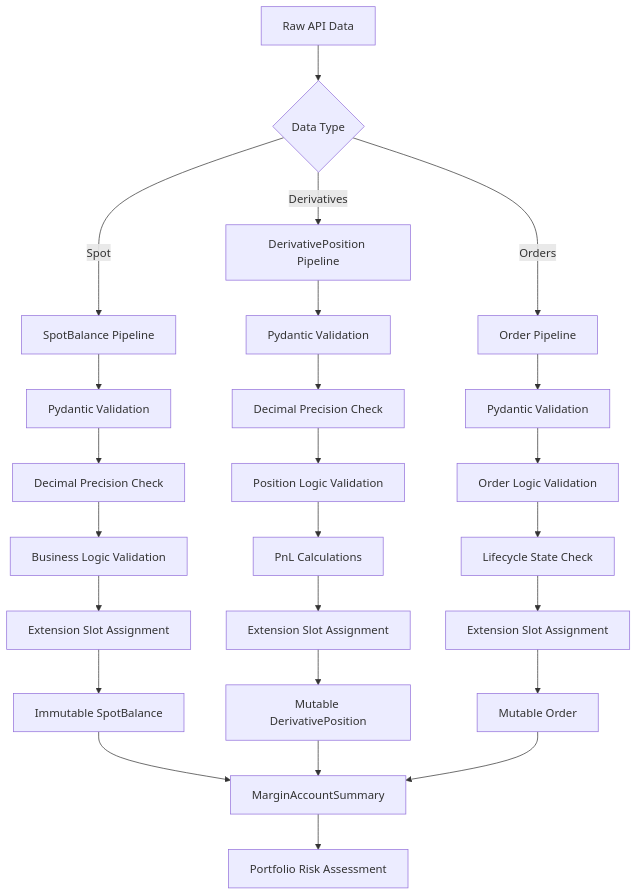
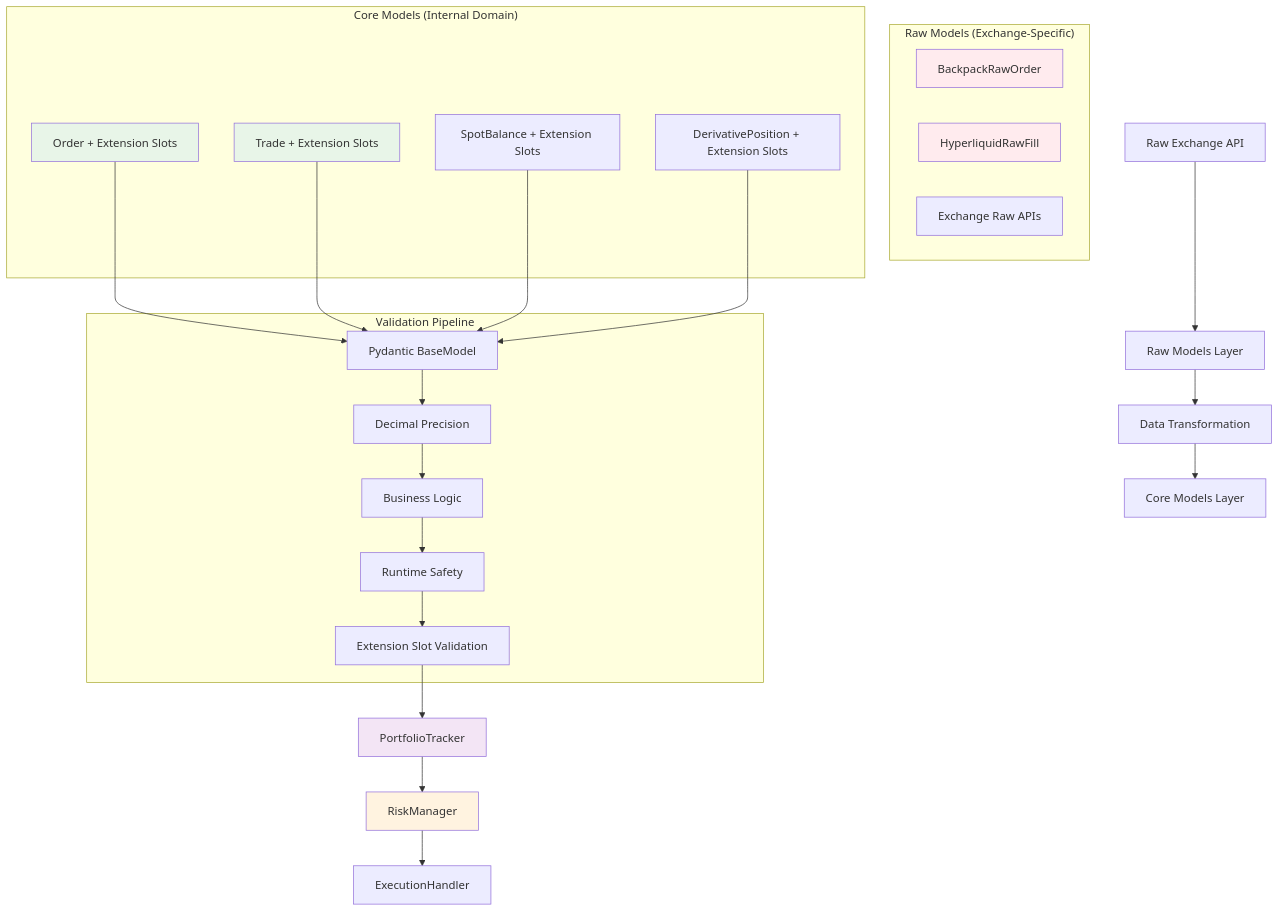
One commit to plataplomo/hummingbot changed the fourth of 11 diagrams in workflow/spot_vs_derivatives_tests_analysis.md. Above: the diagram before and after it, drawn with Mermaid. The commit also changed other lines of this file and 58 other files, not shown here.

````diff
--- a/workflow/spot_vs_derivatives_tests_analysis.md
+++ b/workflow/spot_vs_derivatives_tests_analysis.md
@@ -267,32 +296,48 @@
 ```mermaid
 graph TD
-    A[Raw API Data] --> B{Data Type}
-    B -->|Spot| C[SpotBalance Pipeline]
-    B -->|Derivatives| D[DerivativePosition Pipeline]
-    B -->|Orders| E[Order Pipeline]
+    A[Raw Exchange API] --> B[Raw Models Layer]
+    B --> C[Data Transformation]
+    C --> D[Core Models Layer]
     
-    C --> C1[Pydantic Validation]
-    C1 --> C2[Decimal Precision Check]
-    C2 --> C3[Business Logic Validation]
-    C3 --> C4[Extension Slot Assignment]
-    C4 --> C5[Immutable SpotBalance]
+    subgraph "Raw Models (Exchange-Specific)"
+        B1[BackpackRawOrder]
+        B2[HyperliquidRawFill]
+        B3[Exchange Raw APIs]
+    end
     
-    D --> D1[Pydantic Validation]
-    D1 --> D2[Decimal Precision Check]
-    D2 --> D3[Position Logic Validation]
-    D3 --> D4[PnL Calculations]
-    D4 --> D5[Extension Slot Assignment]
-    D5 --> D6[Mutable DerivativePosition]
+    subgraph "Core Models (Internal Domain)"
+        D1[Order + Extension Slots]
+        D2[Trade + Extension Slots]
+        D3[SpotBalance + Extension Slots]
+        D4[DerivativePosition + Extension Slots]
+    end
     
-    E --> E1[Pydantic Validation]
-    E1 --> E2[Order Logic Validation]
-    E2 --> E3[Lifecycle State Check]
-    E3 --> E4[Extension Slot Assignment]
-    E4 --> E5[Mutable Order]
+    subgraph "Validation Pipeline"
+        V1[Pydantic BaseModel]
+        V2[Decimal Precision]
+        V3[Business Logic]
+        V4[Runtime Safety]
+        V5[Extension Slot Validation]
+    end
     
-    C5 --> F[MarginAccountSummary]
-    D6 --> F
-    E5 --> F
+    D1 --> V1
+    D2 --> V1
+    D3 --> V1
+    D4 --> V1
     
-    F --> G[Portfolio Risk Assessment]
+    V1 --> V2
+    V2 --> V3
+    V3 --> V4
+    V4 --> V5
+    
+    V5 --> PT[PortfolioTracker]
+    PT --> RM[RiskManager]
+    RM --> EH[ExecutionHandler]
+    
+    style B1 fill:#ffebee
+    style B2 fill:#ffebee
+    style D1 fill:#e8f5e8
+    style D2 fill:#e8f5e8
+    style PT fill:#f3e5f5
+    style RM fill:#fff3e0
 ```
````
